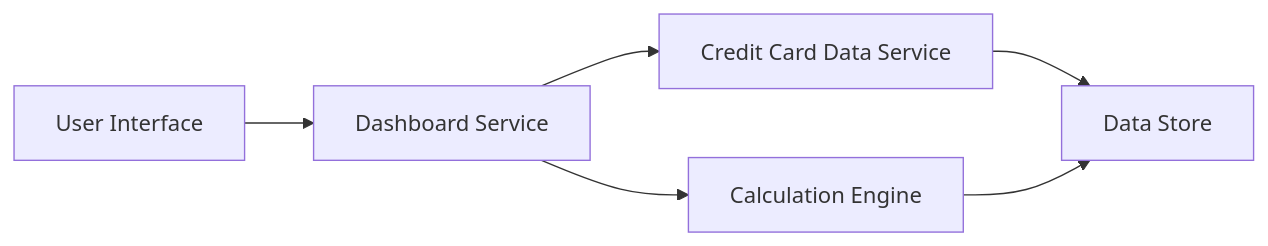
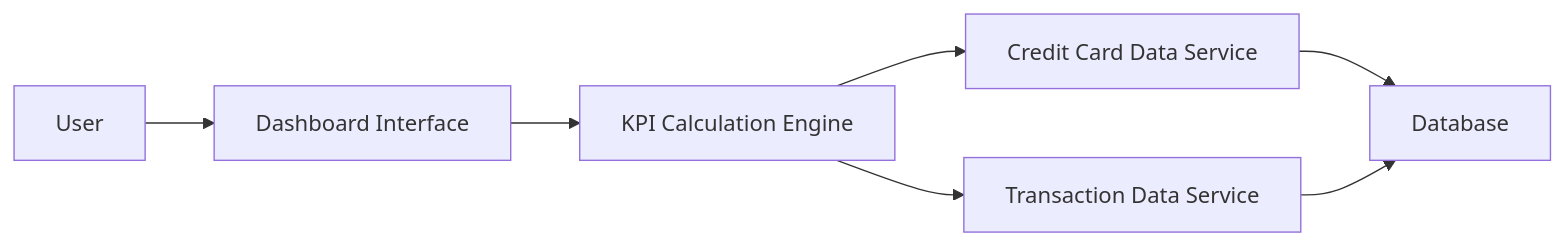
The diagram in HLD/QE-7746_HLD.md (AAVA-Demo/APB_Demo), drawn with Mermaid before and after one commit. The commit also changed other lines of this file and 5 other files, not shown here.

````diff
--- a/HLD/QE-7746_HLD.md
+++ b/HLD/QE-7746_HLD.md
@@ -7,13 +7,15 @@
 ```mermaid
 flowchart LR
-    A["User Interface"]
-    B["Dashboard Service"]
-    C["Credit Card Data Service"]
-    D["Calculation Engine"]
-    E["Data Store"]
+    A["User"]
+    B["Dashboard Interface"]
+    C["KPI Calculation Engine"]
+    D["Credit Card Data Service"]
+    E["Transaction Data Service"]
+    F["Database"]
     A --> B
     B --> C
-    B --> D
+    C --> D
     C --> E
-    D --> E
+    D --> F
+    E --> F
 ```
````
